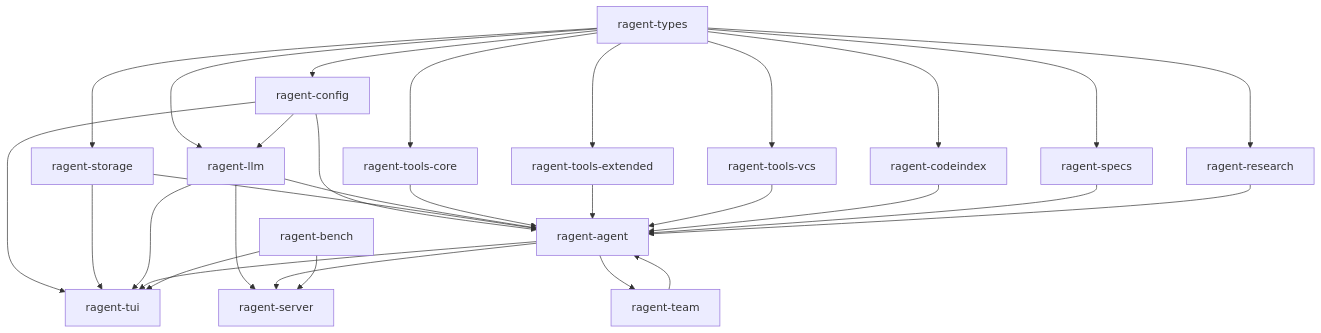
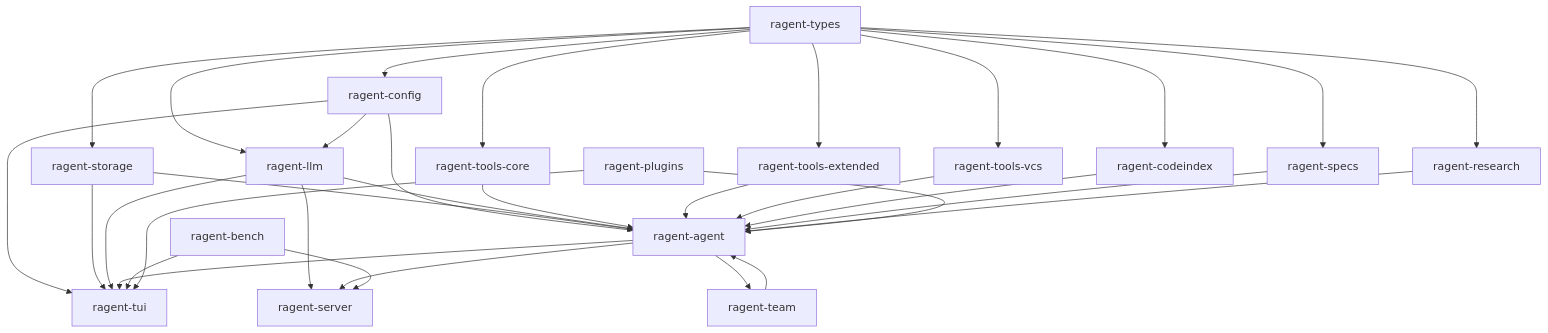
Before and after one commit to thawkins/ragent: the third of 20 diagrams in SPEC.md, drawn with Mermaid. The commit also changed other lines of this file and 204 other files, not shown here.

````diff
--- a/SPEC.md
+++ b/SPEC.md
@@ -503,48 +504,51 @@
 ```mermaid
 graph TD
     T[ragent-types]
     D[ragent-config]
     S[ragent-storage]
     L[ragent-llm]
     TC[ragent-tools-core]
     TE[ragent-tools-extended]
     TV[ragent-tools-vcs]
     A[ragent-agent]
     TM[ragent-team]
     CI[ragent-codeindex]
     SV[ragent-server]
     TU[ragent-tui]
     SP[ragent-specs]
     RS[ragent-research]
     B[ragent-bench]
+    PL[ragent-plugins]
 
     T --> D
     T --> S
     T --> L
     T --> TC
     T --> TE
     T --> TV
     T --> CI
     T --> SP
     T --> RS
     D --> L
     D --> A
     D --> TU
     S --> A
     S --> TU
     L --> A
     L --> TU
     L --> SV
     TC --> A
     TE --> A
     TV --> A
     A --> TU
     A --> SV
     A --> TM
     TM --> A
     CI --> A
     SP --> A
     RS --> A
     B --> TU
     B --> SV
+    PL --> A
+    PL --> TU
 ```
````
